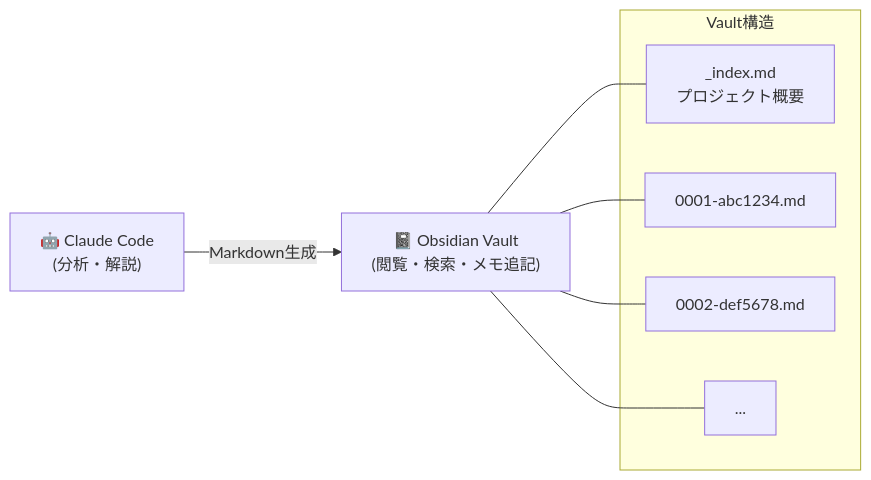
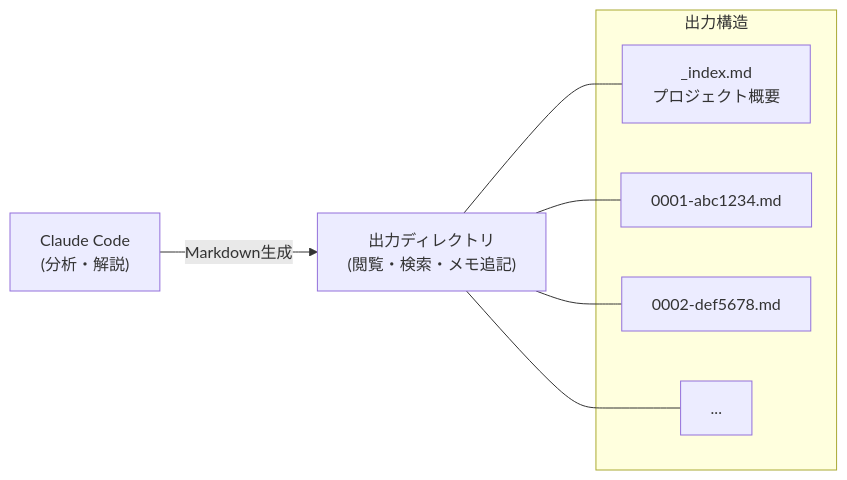
Before and after one commit to Kuroakira/deep-code-reader: the diagram in README_ja.md, drawn with Mermaid. The commit also changed other lines of this file and 11 other files, not shown here.

````diff
--- a/README_ja.md
+++ b/README_ja.md
@@ -49,18 +50,18 @@
 ```mermaid
 graph LR
-    CC["🤖 Claude Code<br/>(分析・解説)"]
-    OV["📓 Obsidian Vault<br/>(閲覧・検索・メモ追記)"]
-    CC -->|"Markdown生成"| OV
+    CC["Claude Code<br/>(分析・解説)"]
+    OD["出力ディレクトリ<br/>(閲覧・検索・メモ追記)"]
+    CC -->|"Markdown生成"| OD
 
-    subgraph "Vault構造"
+    subgraph "出力構造"
         IDX["_index.md<br/>プロジェクト概要"]
         C1["0001-abc1234.md"]
         C2["0002-def5678.md"]
         C3["..."]
     end
 
-    OV --- IDX
-    OV --- C1
-    OV --- C2
-    OV --- C3
+    OD --- IDX
+    OD --- C1
+    OD --- C2
+    OD --- C3
 ```
````
